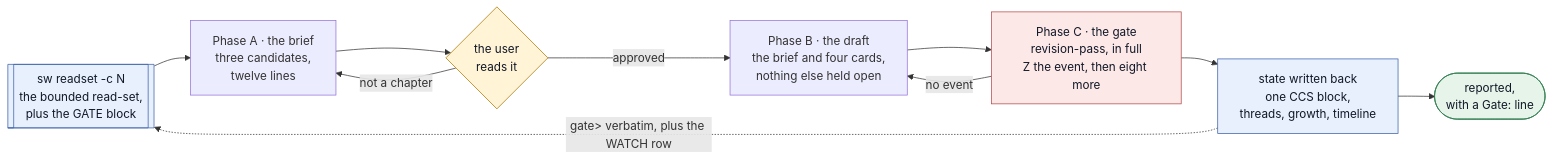
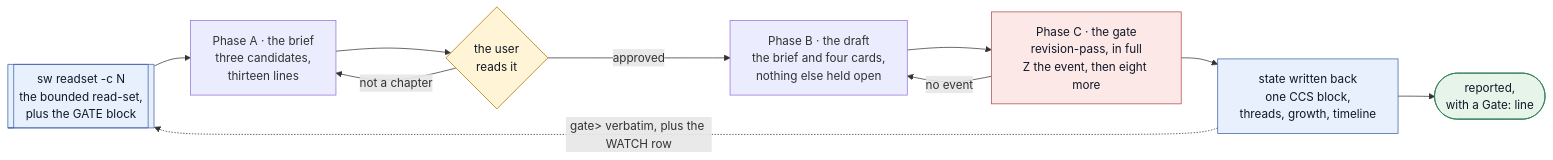
The second of 3 diagrams in README.md (Adhin37/skilled-writer), drawn with Mermaid before and after one commit. The commit also changed other lines of this file and 14 other files, not shown here.

````diff
--- a/README.md
+++ b/README.md
@@ -159,22 +159,22 @@
 ```mermaid
 flowchart LR
     RS[["sw readset -c N<br>the bounded read-set,<br>plus the GATE block"]]
-    RS --> PA["Phase A · the brief<br>three candidates,<br>twelve lines"]
+    RS --> PA["Phase A · the brief<br>three candidates,<br>thirteen lines"]
     PA --> U{"the user<br>reads it"}
     U -- "not a chapter" --> PA
     U -- "approved" --> PB["Phase B · the draft<br>the brief and four cards,<br>nothing else held open"]
     PB --> PC["Phase C · the gate<br>revision-pass, in full<br>Z the event, then eight more"]
     PC -- "no event" --> PB
     PC --> WB["state written back<br>one CCS block,<br>threads, growth, timeline"]
     WB --> R(["reported,<br>with a Gate: line"])
     WB -. "gate&gt; verbatim, plus the WATCH row" .-> RS
 
     classDef user fill:#fff4d6,stroke:#a97400,color:#111827
     classDef gate fill:#fde8e8,stroke:#b04a4a,color:#111827
     classDef store fill:#e8f0fe,stroke:#3b5fa8,color:#111827
     classDef done fill:#e6f4ea,stroke:#2e7d4f,color:#111827
     class U user
     class PC gate
     class RS,WB store
     class R done
 ```
````
